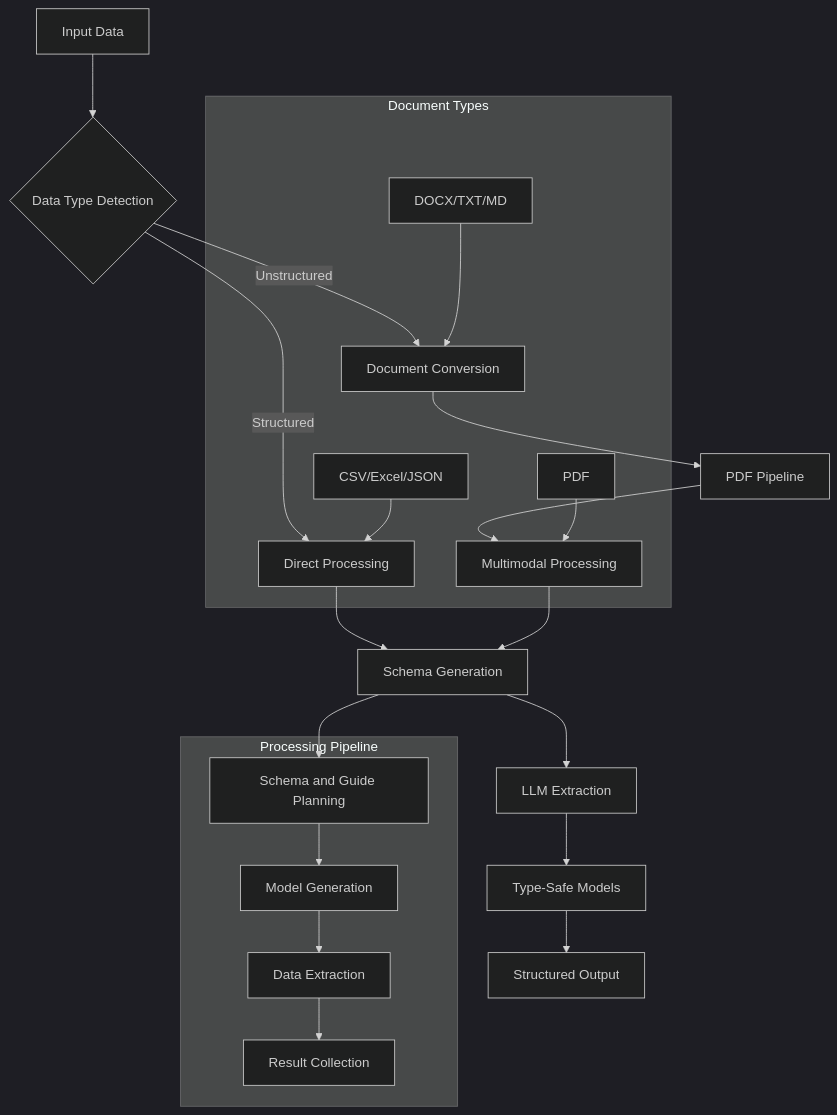
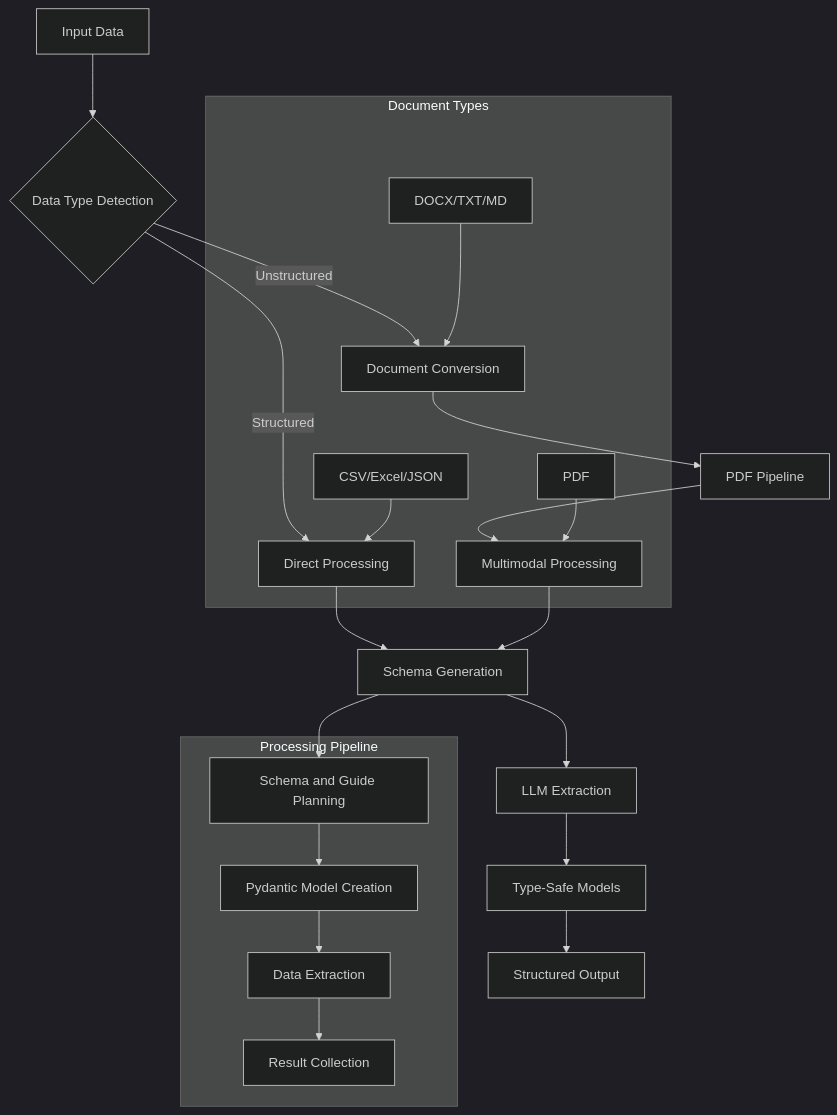
Before and after one commit to Blacksuan19/structx: the diagram in docs/index.md, drawn with Mermaid (dark theme). The commit also changed other lines of this file and 19 other files, not shown here.

````diff
--- a/docs/index.md
+++ b/docs/index.md
@@ -56,29 +56,29 @@
 ```mermaid
 graph TB
     A[Input Data] --> B{Data Type Detection}
     B -->|Structured| C[Direct Processing]
     B -->|Unstructured| D[Document Conversion]
 
     C --> E[Schema Generation]
     D --> F[PDF Pipeline]
     F --> G[Multimodal Processing]
     G --> E
 
     E --> H[LLM Extraction]
     H --> I[Type-Safe Models]
     I --> J[Structured Output]
 
     subgraph "Document Types"
         K[CSV/Excel/JSON] --> C
         L[PDF] --> G
         M[DOCX/TXT/MD] --> D
     end
 
     subgraph "Processing Pipeline"
-        N[Schema and Guide Planning] --> O[Model Generation]
+        N[Schema and Guide Planning] --> O[Pydantic Model Creation]
         O --> P[Data Extraction]
         P --> Q[Result Collection]
     end
 
     E --> N
 ```
````
